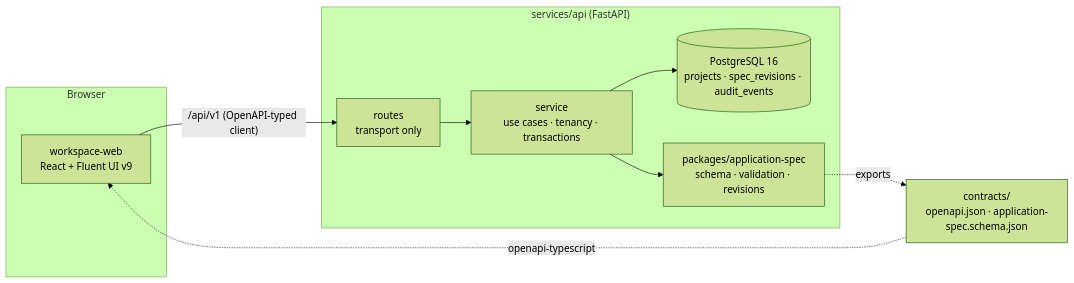
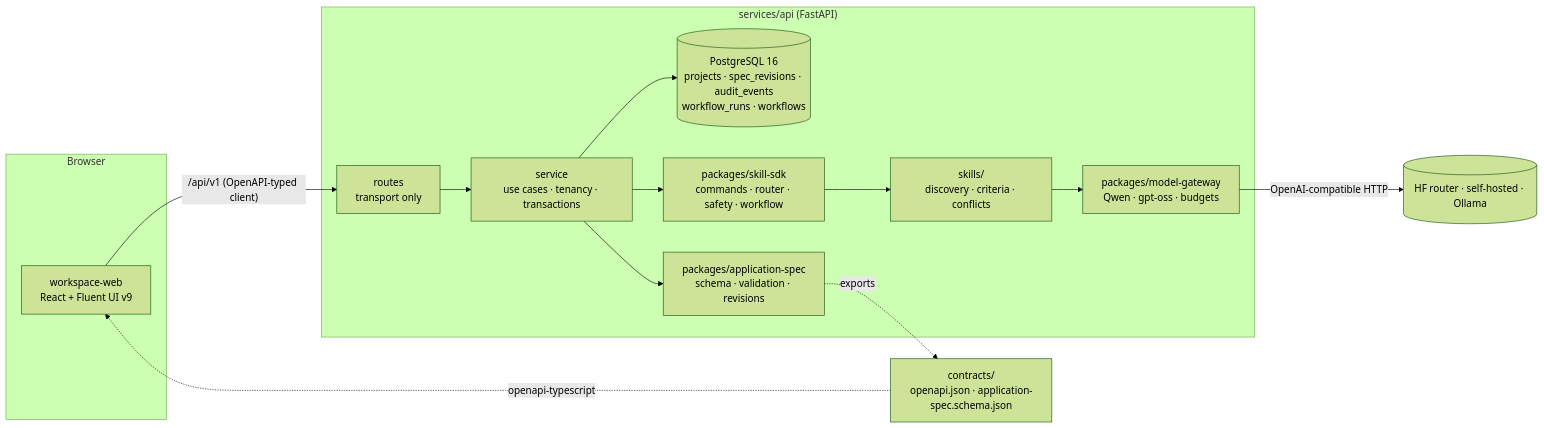
One commit to joyrana/enterprise-ai-application-workspace changed the diagram in docs/architecture/overview.md. Above: the diagram before and after it, drawn with Mermaid (forest theme). The commit also changed other lines of this file and 3 other files, not shown here.

First line of the commit message:
docs: architecture flow, README, threat model and ADR index for workflows

````diff
--- a/docs/architecture/overview.md
+++ b/docs/architecture/overview.md
@@ -3,14 +3,18 @@
 ```mermaid
 flowchart LR
   subgraph Browser
     W[workspace-web<br/>React + Fluent UI v9]
   end
   subgraph "services/api (FastAPI)"
     R[routes<br/>transport only] --> S[service<br/>use cases · tenancy · transactions]
-    S --> D[(PostgreSQL 16<br/>projects · spec_revisions · audit_events)]
+    S --> D[(PostgreSQL 16<br/>projects · spec_revisions · audit_events<br/>workflow_runs · workflows)]
     S --> A[packages/application-spec<br/>schema · validation · revisions]
+    S --> K[packages/skill-sdk<br/>commands · router · safety · workflow]
+    K --> SK[skills/<br/>discovery · criteria · conflicts]
+    SK --> G[packages/model-gateway<br/>Qwen · gpt-oss · budgets]
   end
+  G -- "OpenAI-compatible HTTP" --> M[(HF router · self-hosted · Ollama)]
   W -- "/api/v1 (OpenAPI-typed client)" --> R
   A -. "exports" .-> C[contracts/<br/>openapi.json · application-spec.schema.json]
   C -. "openapi-typescript" .-> W
 ```
````
